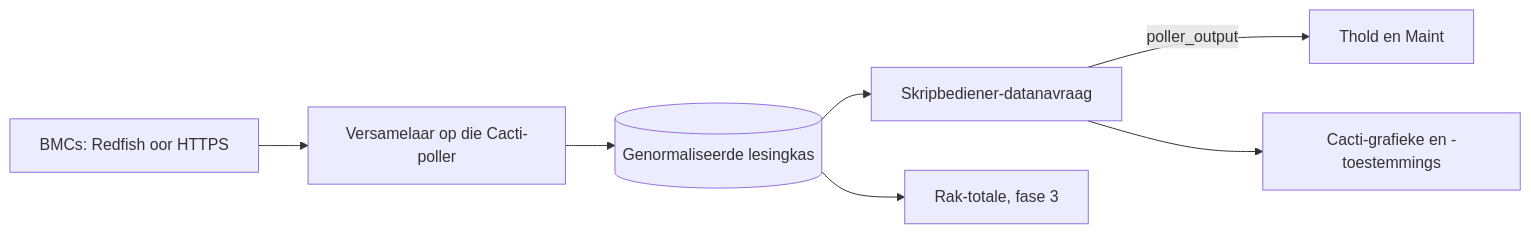
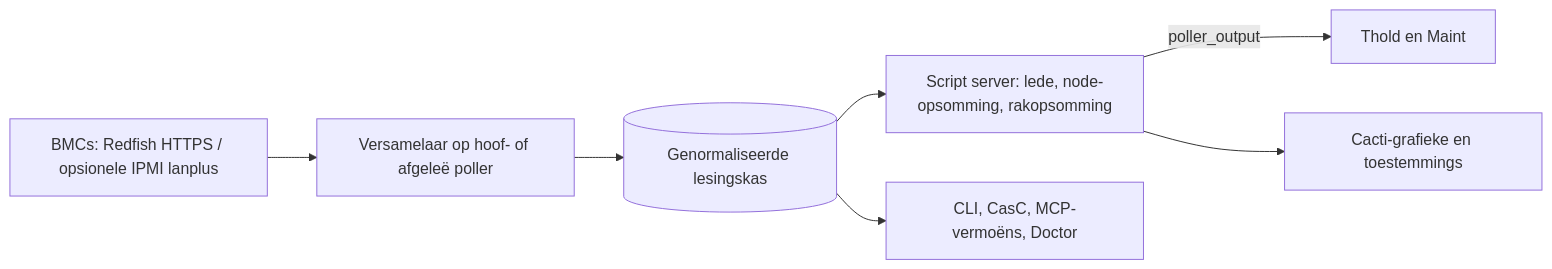
Before and after one commit to somethingwithproof/plugin_redfish: the diagram in docs/i18n/af-ZA/README.md, drawn with Mermaid. The commit also changed other lines of this file and 47 other files, not shown here.

````diff
--- a/docs/i18n/af-ZA/README.md
+++ b/docs/i18n/af-ZA/README.md
@@ -100,9 +140,9 @@
 ```mermaid
 flowchart LR
-    BMC[BMCs: Redfish oor HTTPS] --> C[Versamelaar op die Cacti-poller]
-    C --> CACHE[(Genormaliseerde lesingkas)]
-    CACHE --> SS[Skripbediener-datanavraag]
-    SS -->|poller_output| T[Thold en Maint]
-    SS --> G[Cacti-grafieke en -toestemmings]
-    CACHE --> R[Rak-totale, fase 3]
+    BMC["BMCs: Redfish HTTPS / opsionele IPMI lanplus"] --> C["Versamelaar op hoof- of afgeleë poller"]
+    C --> CACHE[("Genormaliseerde lesingskas")]
+    CACHE --> SS["Script server: lede, node-opsomming, rakopsomming"]
+    SS -->|poller_output| T["Thold en Maint"]
+    SS --> G["Cacti-grafieke en toestemmings"]
+    CACHE --> ECO["CLI, CasC, MCP-vermoëns, Doctor"]
 ```
````
